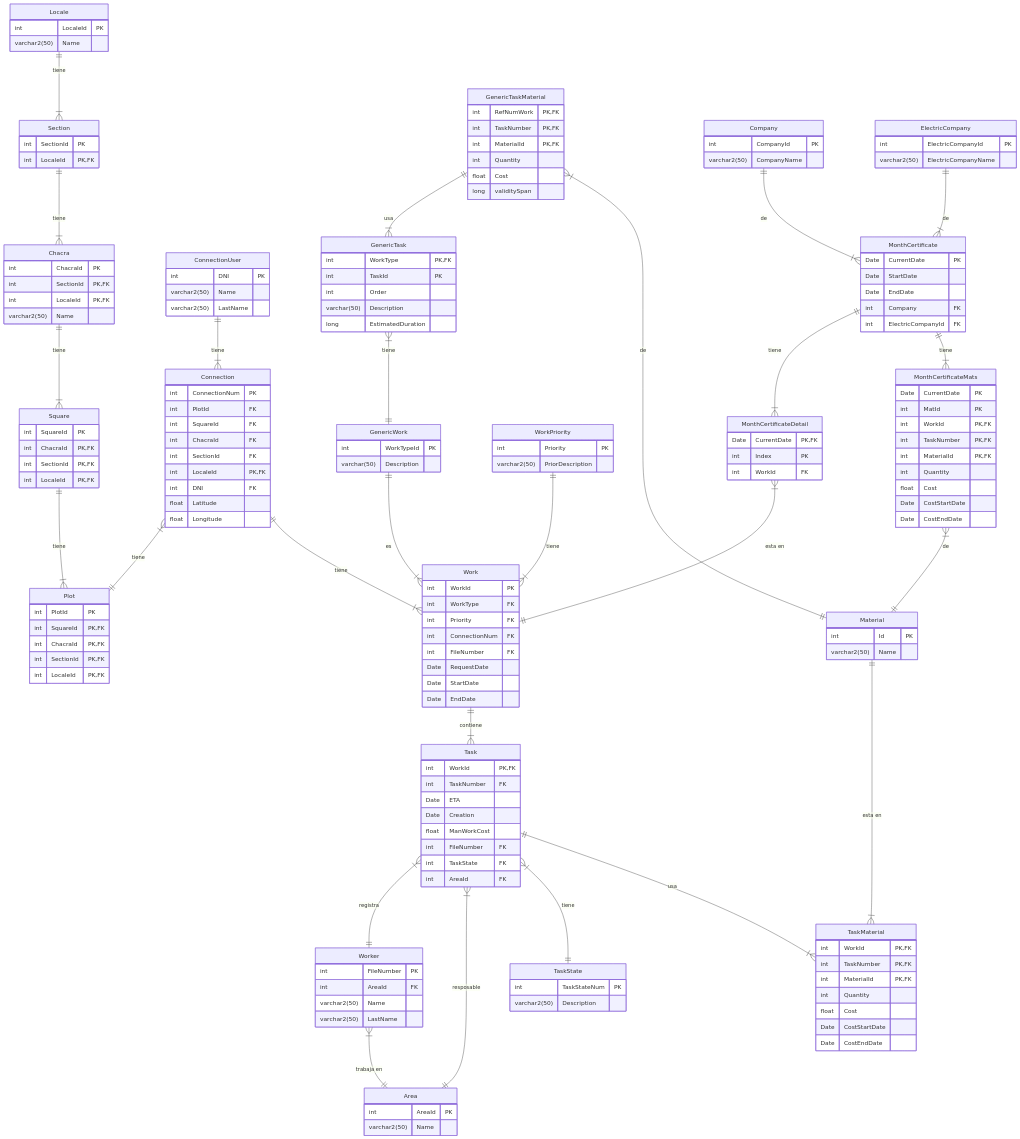
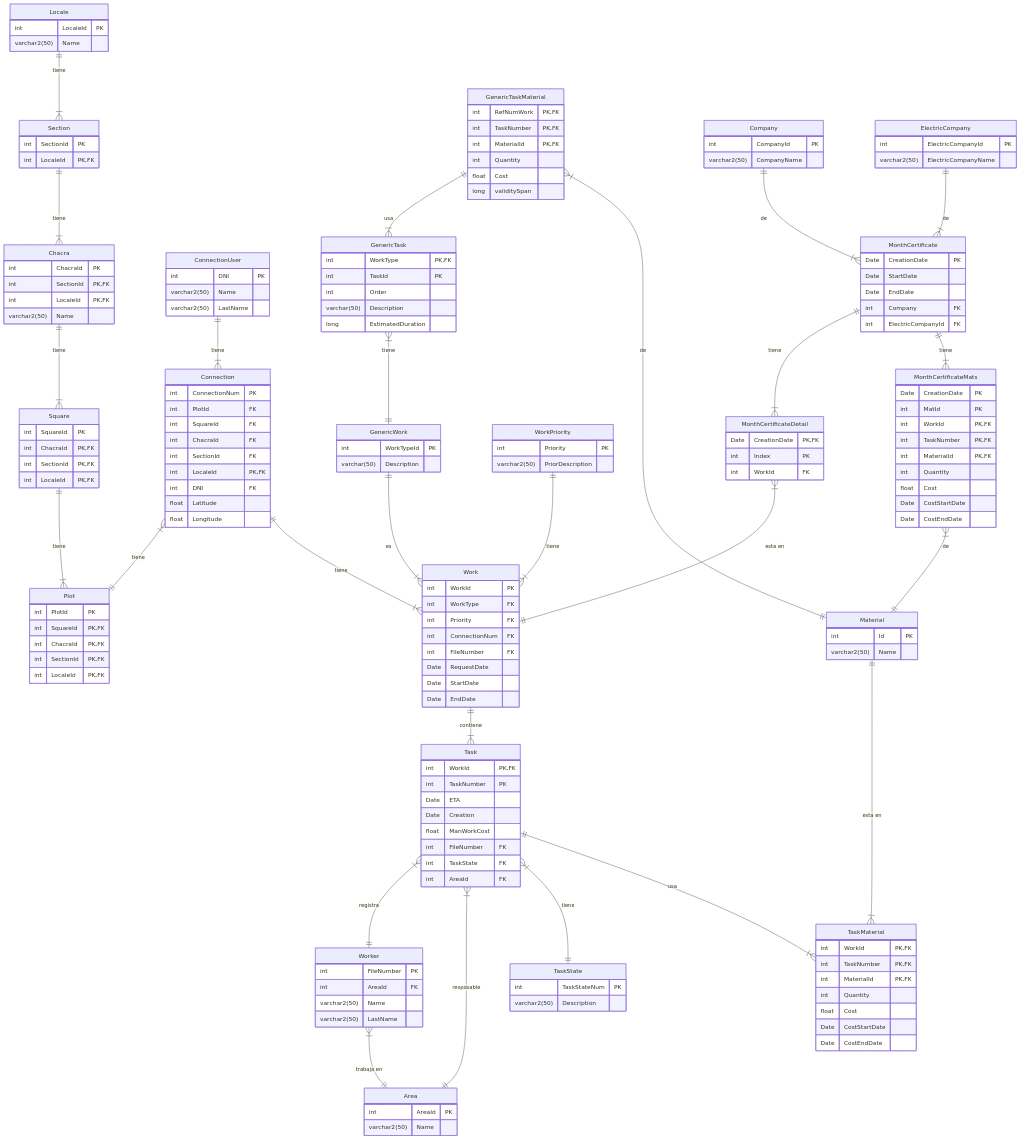
Before and after one commit to Oscar-Wohlfarhrt/TBD-2024-TPI: the diagram in docs/DER.md, drawn with Mermaid. The commit also changed 8 other files, not shown here.

```diff
--- a/docs/DER.md
+++ b/docs/DER.md
@@ -93,7 +93,7 @@
     }
 	Task{
         int WorkId PK,FK
-		int TaskNumber FK
+		int TaskNumber PK
 		Date ETA
 		Date Creation
 		float ManWorkCost
@@ -120,19 +120,19 @@
     }
 
     MonthCertificate{
-        Date CurrentDate PK
+        Date CreationDate PK
         Date StartDate
         Date EndDate
         int Company FK
         int ElectricCompanyId FK
     }
     MonthCertificateDetail{
-        Date CurrentDate PK,FK
+        Date CreationDate PK,FK
         int Index PK
         int WorkId FK
     }
 	MonthCertificateMats{
-		Date CurrentDate PK
+		Date CreationDate PK
 		int MatId PK
         int WorkId PK,FK
         int TaskNumber PK,FK
```
